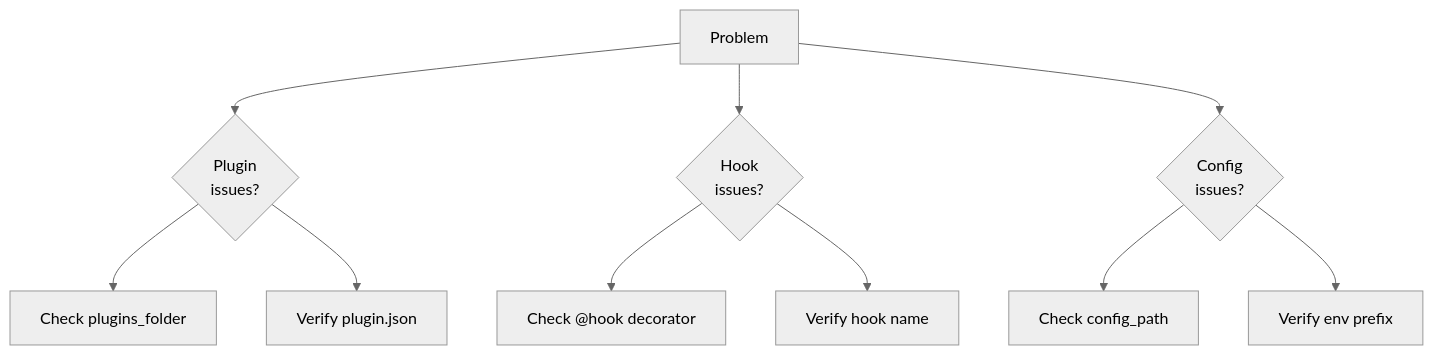
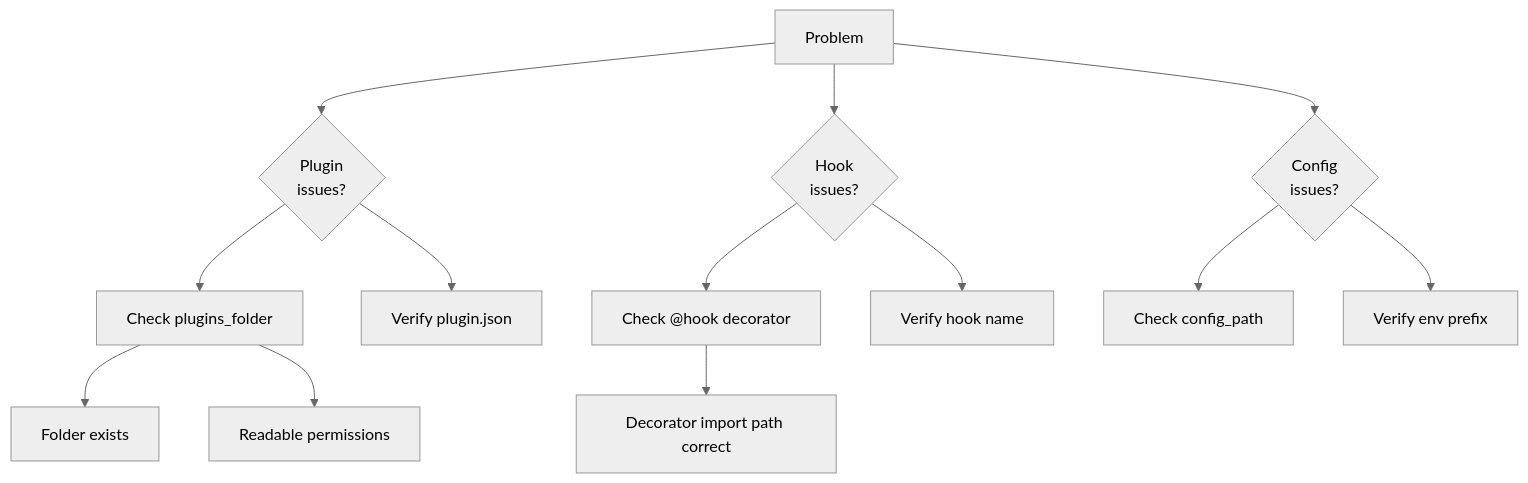
Before and after one commit to rag2f/docs: the diagram in mkdocs/rag2f/troubleshooting.md, drawn with Mermaid (neutral theme). The commit also changed 2 other files, not shown here.

Commit message:
little improvements

````diff
--- a/mkdocs/rag2f/troubleshooting.md
+++ b/mkdocs/rag2f/troubleshooting.md
@@ -3,16 +3,20 @@
 ```mermaid
 flowchart TD
     Problem[Problem]
     Problem --> Plugin{Plugin<br/>issues?}
     Problem --> Hook{Hook<br/>issues?}
     Problem --> Config{Config<br/>issues?}
     
     Plugin --> P1[Check plugins_folder]
     Plugin --> P2[Verify plugin.json]
     
     Hook --> H1[Check @hook decorator]
     Hook --> H2[Verify hook name]
     
     Config --> C1[Check config_path]
     Config --> C2[Verify env prefix]
+
+    P1 --> P1a[Folder exists]
+    P1 --> P1b[Readable permissions]
+    H1 --> H1a[Decorator import path correct]
 ```
````
